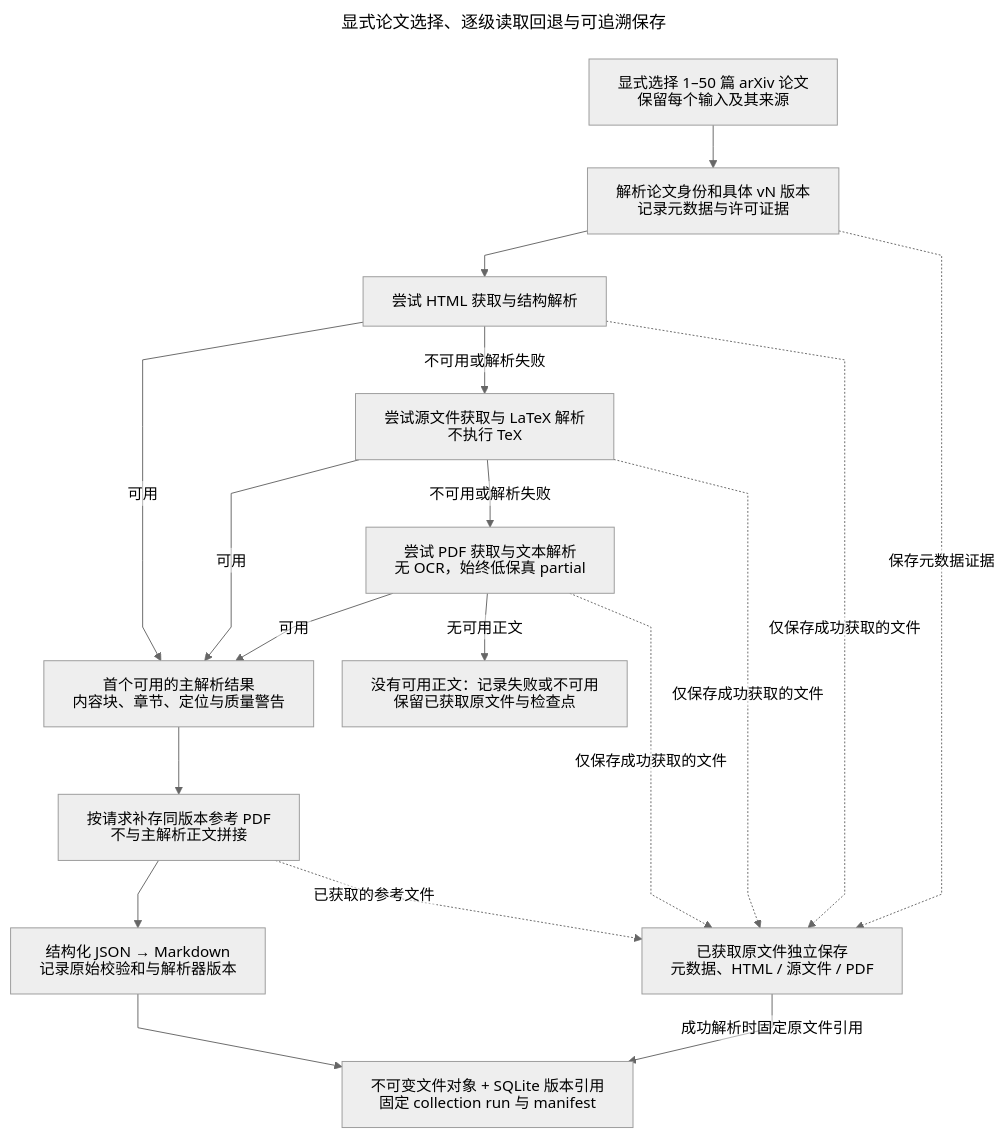
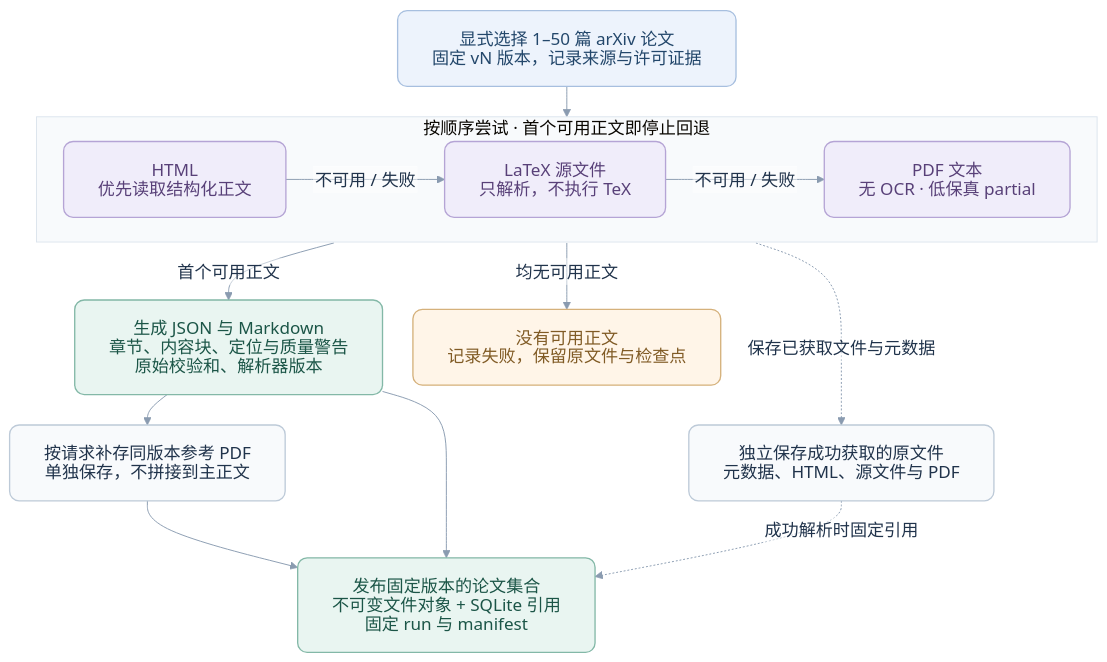
The diagram in docs/diagrams/paper-fulltext.mmd (cetizhao/Astro-Corpus), drawn with Mermaid before and after one commit. The commit also changed 9 other files, not shown here.

Commit message:
docs: redesign README diagrams and add project showcase

```diff
--- a/docs/diagrams/paper-fulltext.mmd
+++ b/docs/diagrams/paper-fulltext.mmd
@@ -1,41 +1,53 @@
 ---
-title: 显式论文选择、逐级读取回退与可追溯保存
 config:
-  theme: neutral
+  look: classic
+  theme: base
   htmlLabels: false
   fontFamily: 'Noto Sans CJK SC, PingFang SC, Microsoft YaHei, sans-serif'
+  themeVariables:
+    fontSize: 18px
+    primaryTextColor: '#20334b'
+    lineColor: '#8a9bb0'
+    clusterBkg: '#f8fafc'
+    clusterBorder: '#dce4ed'
+    edgeLabelBackground: '#ffffff'
   flowchart:
     htmlLabels: false
-    curve: linear
+    curve: basis
     wrappingWidth: 300
-    nodeSpacing: 30
-    rankSpacing: 45
+    nodeSpacing: 32
+    rankSpacing: 32
+    padding: 18
 ---
 flowchart TB
-    selection["显式选择 1–50 篇 arXiv 论文<br/>保留每个输入及其来源"]
-    identity["解析论文身份和具体 vN 版本<br/>记录元数据与许可证据"]
-    html["尝试 HTML 获取与结构解析"]
-    latex["尝试源文件获取与 LaTeX 解析<br/>不执行 TeX"]
-    pdf["尝试 PDF 获取与文本解析<br/>无 OCR，始终低保真 partial"]
-    text["首个可用的主解析结果<br/>内容块、章节、定位与质量警告"]
-    reference["按请求补存同版本参考 PDF<br/>不与主解析正文拼接"]
-    derived["结构化 JSON → Markdown<br/>记录原始校验和与解析器版本"]
-    raw["已获取原文件独立保存<br/>元数据、HTML / 源文件 / PDF"]
-    publish["不可变文件对象 + SQLite 版本引用<br/>固定 collection run 与 manifest"]
-    failure["没有可用正文：记录失败或不可用<br/>保留已获取原文件与检查点"]
+    accTitle: 显式论文选择、逐级读取回退与固定版本保存
+    accDescr: 显式选择一至五十篇论文并固定 arXiv 版本。按 HTML、LaTeX 源文件、PDF 文本依次尝试，首个可用正文即停止回退。保存成功获取的原文件、结构化文本和质量警告；没有可用正文时记录失败并保留检查点。
+    selection["显式选择 1–50 篇 arXiv 论文<br/>固定 vN 版本，记录来源与许可证据"]:::entry
+    subgraph readers["按顺序尝试 · 首个可用正文即停止回退"]
+        direction LR
+        html["HTML<br/>优先读取结构化正文"]:::reader
+        latex["LaTeX 源文件<br/>只解析，不执行 TeX"]:::reader
+        pdf["PDF 文本<br/>无 OCR · 低保真 partial"]:::reader
+        html -->|不可用 / 失败| latex
+        latex -->|不可用 / 失败| pdf
+    end
+    derived["生成 JSON 与 Markdown<br/>章节、内容块、定位与质量警告<br/>原始校验和、解析器版本"]:::result
+    reference["按请求补存同版本参考 PDF<br/>单独保存，不拼接到主正文"]:::storage
+    raw["独立保存成功获取的原文件<br/>元数据、HTML、源文件与 PDF"]:::storage
+    publish["发布固定版本的论文集合<br/>不可变文件对象 + SQLite 引用<br/>固定 run 与 manifest"]:::result
+    failure["没有可用正文<br/>记录失败，保留原文件与检查点"]:::warning
 
-    selection --> identity --> html
-    html -->|可用| text
-    html -->|不可用或解析失败| latex
-    latex -->|可用| text
-    latex -->|不可用或解析失败| pdf
-    pdf -->|可用| text
-    pdf -->|无可用正文| failure
-    identity -.->|保存元数据证据| raw
-    html -.->|仅保存成功获取的文件| raw
-    latex -.->|仅保存成功获取的文件| raw
-    pdf -.->|仅保存成功获取的文件| raw
-    text --> reference --> derived
-    reference -.->|已获取的参考文件| raw
+    selection --> readers
+    readers -->|首个可用正文| derived
+    readers -->|均无可用正文| failure
+    readers -.->|保存已获取文件与元数据| raw
+    derived --> reference
+    reference --> publish
     derived --> publish
-    raw -->|成功解析时固定原文件引用| publish
+    raw -.->|成功解析时固定引用| publish
+
+    classDef entry fill:#edf3fc,stroke:#a7bfdf,color:#23476b,stroke-width:1.4px,rx:10,ry:10
+    classDef reader fill:#f0edfa,stroke:#b5a4d5,color:#584078,stroke-width:1.4px,rx:10,ry:10
+    classDef result fill:#e9f5f1,stroke:#83b8a7,color:#1b5547,stroke-width:1.4px,rx:10,ry:10
+    classDef storage fill:#f8fafc,stroke:#bdcad8,color:#20334b,stroke-width:1.4px,rx:10,ry:10
+    classDef warning fill:#fff5e8,stroke:#d5b17b,color:#805b25,stroke-width:1.4px,rx:10,ry:10
```
